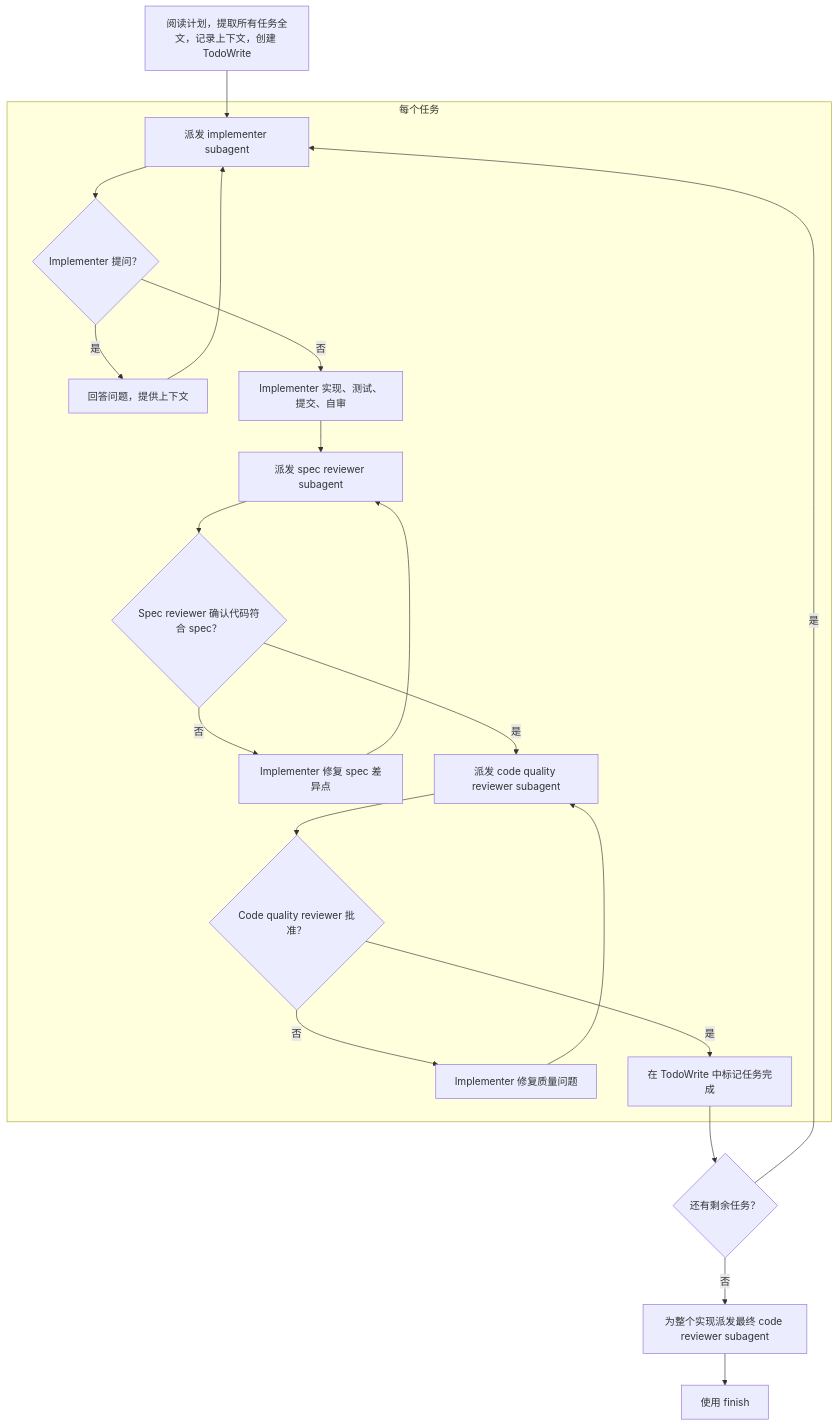
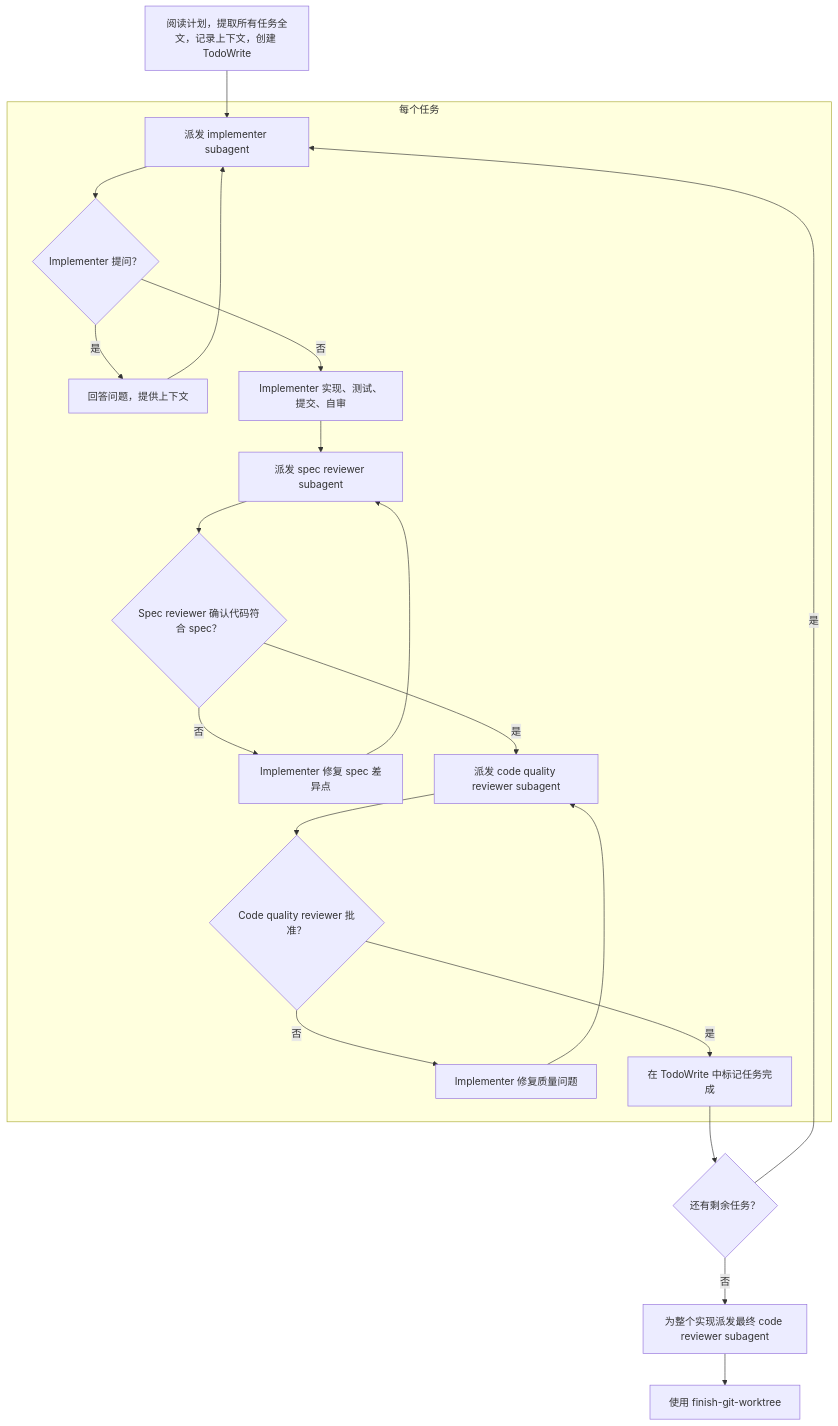
Before and after one commit to BaiduComate/mission-flow: the diagram in skills/subagent-impl/SKILL.md, drawn with Mermaid. The commit also changed other lines of this file and 4 other files, not shown here.

Commit message:
ref: rename to finish-git-worktree

````diff
--- a/skills/subagent-impl/SKILL.md
+++ b/skills/subagent-impl/SKILL.md
@@ -25,26 +25,26 @@
 ```mermaid
 flowchart TD
     Start[阅读计划，提取所有任务全文，记录上下文，创建 TodoWrite]
     Start --> Dispatch[派发 implementer subagent]
 
     subgraph PerTask[每个任务]
         Dispatch --> AskQ{Implementer 提问？}
         AskQ -->|是| Answer[回答问题，提供上下文]
         Answer --> Dispatch
         AskQ -->|否| Implement[Implementer 实现、测试、提交、自审]
         Implement --> SpecReview[派发 spec reviewer subagent]
         SpecReview --> SpecOK{Spec reviewer 确认代码符合 spec？}
         SpecOK -->|否| FixSpec[Implementer 修复 spec 差异点]
         FixSpec --> SpecReview
         SpecOK -->|是| QualityReview[派发 code quality reviewer subagent]
         QualityReview --> QualityOK{Code quality reviewer 批准？}
         QualityOK -->|否| FixQuality[Implementer 修复质量问题]
         FixQuality --> QualityReview
         QualityOK -->|是| MarkDone[在 TodoWrite 中标记任务完成]
     end
 
     MarkDone --> MoreTasks{还有剩余任务？}
     MoreTasks -->|是| Dispatch
     MoreTasks -->|否| FinalReview[为整个实现派发最终 code reviewer subagent]
-    FinalReview --> Finish[使用 finish]
+    FinalReview --> Finish[使用 finish-git-worktree]
 ```
````
